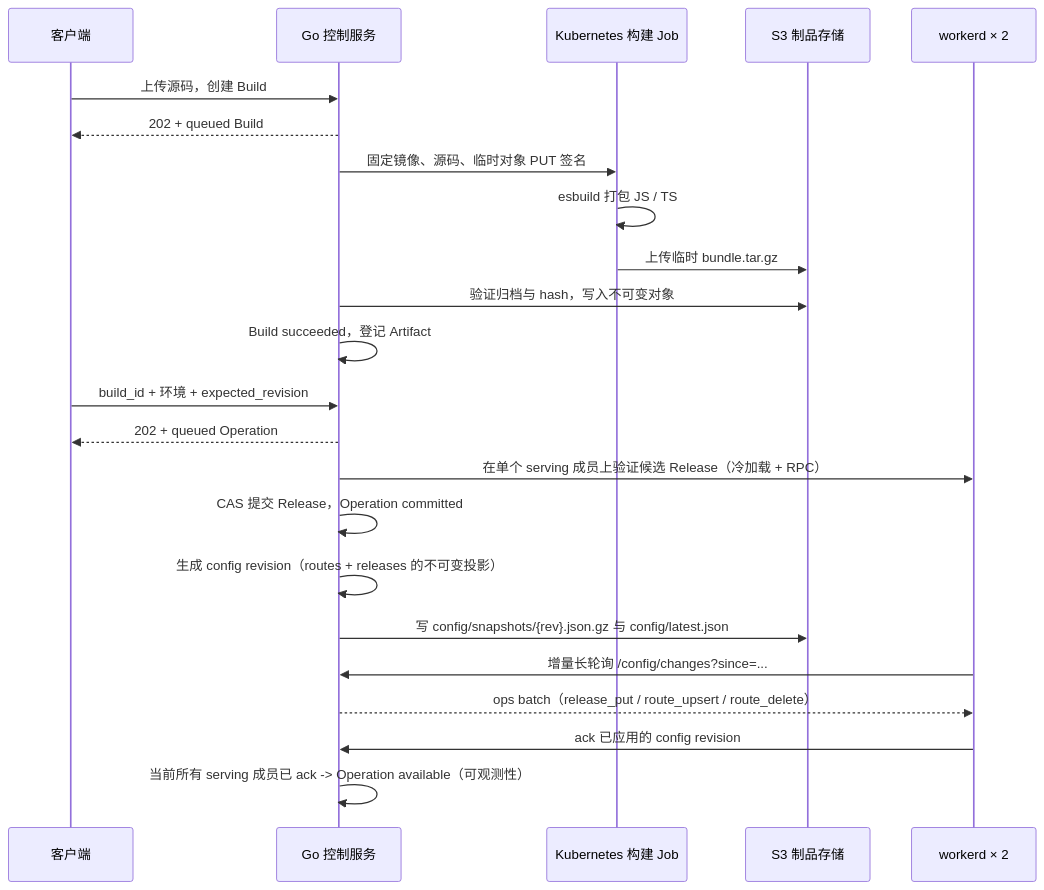
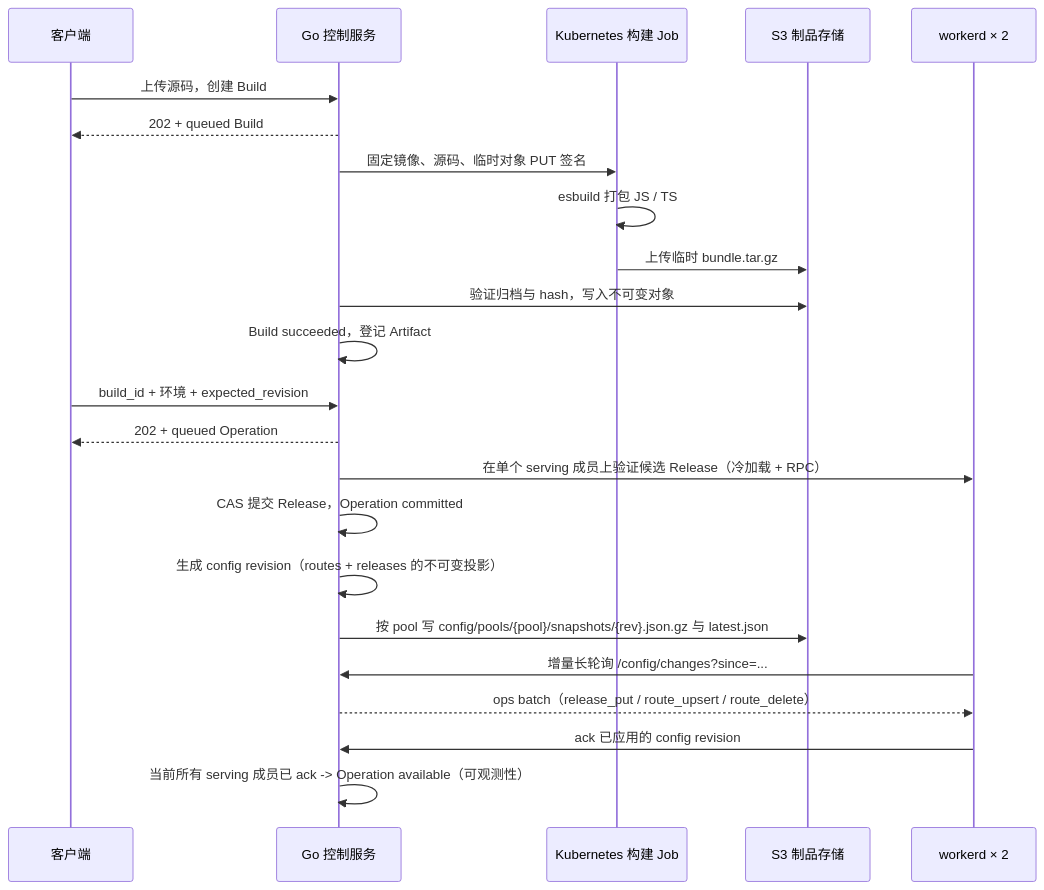
The diagram in docs/workers-backend.md (krun-dev/krun), drawn with Mermaid before and after one commit. The commit also changed other lines of this file and 46 other files, not shown here.

````diff
--- a/docs/workers-backend.md
+++ b/docs/workers-backend.md
@@ -14,25 +14,25 @@
 ```mermaid
 sequenceDiagram
     participant C as 客户端
     participant A as Go 控制服务
     participant J as Kubernetes 构建 Job
     participant S as S3 制品存储
     participant W as workerd × 2
     C->>A: 上传源码，创建 Build
     A-->>C: 202 + queued Build
     A->>J: 固定镜像、源码、临时对象 PUT 签名
     J->>J: esbuild 打包 JS / TS
     J->>S: 上传临时 bundle.tar.gz
     A->>S: 验证归档与 hash，写入不可变对象
     A->>A: Build succeeded，登记 Artifact
     C->>A: build_id + 环境 + expected_revision
     A-->>C: 202 + queued Operation
     A->>W: 在单个 serving 成员上验证候选 Release（冷加载 + RPC）
     A->>A: CAS 提交 Release，Operation committed
     A->>A: 生成 config revision（routes + releases 的不可变投影）
-    A->>S: 写 config/snapshots/{rev}.json.gz 与 config/latest.json
+    A->>S: 按 pool 写 config/pools/{pool}/snapshots/{rev}.json.gz 与 latest.json
     W->>A: 增量长轮询 /config/changes?since=...
     A-->>W: ops batch（release_put / route_upsert / route_delete）
     W->>A: ack 已应用的 config revision
     A->>A: 当前所有 serving 成员已 ack -> Operation available（可观测性）
 ```
````
